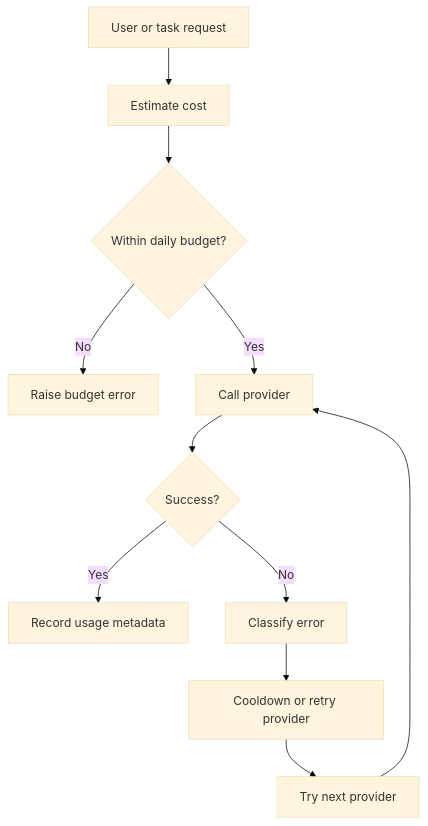
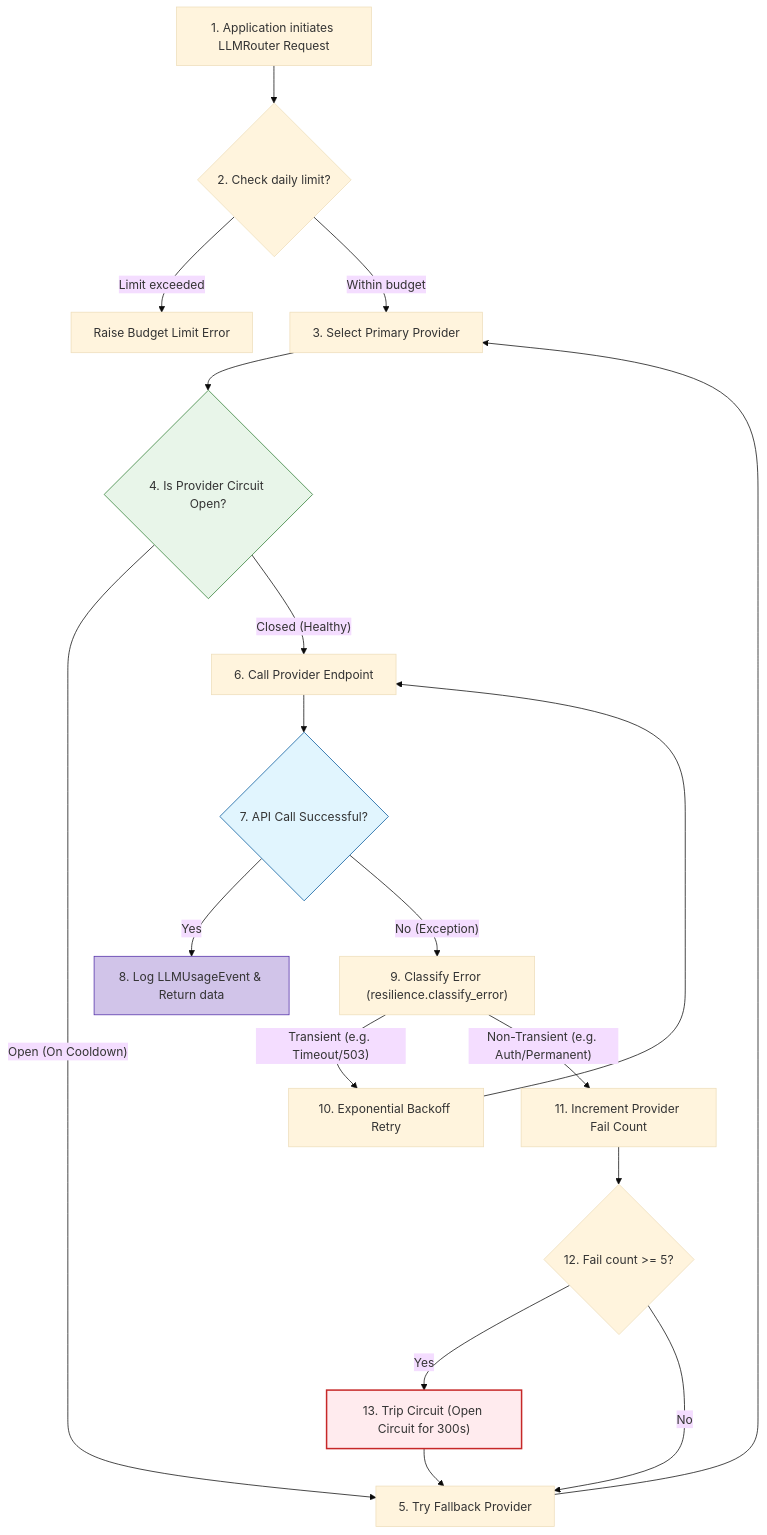
The fourth of 5 diagrams in docs/DATA_FLOW.md (ArPaN-DS/JobScout-AI), drawn with Mermaid (base theme) before and after one commit. The commit also changed other lines of this file, not shown here.

Commit message:
docs: update data flow sequence diagrams and resilience guides

````diff
--- a/docs/DATA_FLOW.md
+++ b/docs/DATA_FLOW.md
@@ -106,13 +196,38 @@
 ```mermaid
-flowchart TB
-    Request["User or task request"] --> Cost["Estimate cost"]
-    Cost --> Budget{"Within daily budget?"}
-    Budget -- "No" --> Block["Raise budget error"]
-    Budget -- "Yes" --> Provider["Call provider"]
-    Provider --> Result{"Success?"}
-    Result -- "Yes" --> Record["Record usage metadata"]
-    Result -- "No" --> Classify["Classify error"]
-    Classify --> Cooldown["Cooldown or retry provider"]
-    Cooldown --> Fallback["Try next provider"]
-    Fallback --> Provider
+flowchart TD
+    Request["1. Application initiates LLMRouter Request"] --> Budget{"2. Check daily limit?"}
+    
+    Budget -- Limit exceeded --> RaiseBudgetError["Raise Budget Limit Error"]
+    
+    Budget -- Within budget --> GetProvider["3. Select Primary Provider"]
+    
+    GetProvider --> CheckCircuit{"4. Is Provider Circuit Open?"}
+    
+    CheckCircuit -- Open (On Cooldown) --> NextProvider["5. Try Fallback Provider"]
+    NextProvider --> GetProvider
+    
+    CheckCircuit -- Closed (Healthy) --> CallAPI["6. Call Provider Endpoint"]
+    
+    CallAPI --> CheckSuccess{"7. API Call Successful?"}
+    
+    CheckSuccess -- Yes --> LogUsage["8. Log LLMUsageEvent & Return data"]
+    
+    CheckSuccess -- No (Exception) --> Classify["9. Classify Error (resilience.classify_error)"]
+    
+    Classify -- Transient (e.g. Timeout/503) --> RetryBackoff["10. Exponential Backoff Retry"]
+    RetryBackoff --> CallAPI
+    
+    Classify -- Non-Transient (e.g. Auth/Permanent) --> IncFail["11. Increment Provider Fail Count"]
+    
+    IncFail --> CheckMaxFail{"12. Fail count >= 5?"}
+    
+    CheckMaxFail -- Yes --> TripCircuit["13. Trip Circuit (Open Circuit for 300s)"]
+    TripCircuit --> NextProvider
+    
+    CheckMaxFail -- No --> NextProvider
+    
+    style CheckCircuit fill:#e8f5e9,stroke:#2e7d32,stroke-width:1px
+    style CheckSuccess fill:#e1f5fe,stroke:#01579b,stroke-width:1px
+    style LogUsage fill:#d1c4e9,stroke:#512da8,stroke-width:1px
+    style TripCircuit fill:#ffebee,stroke:#c62828,stroke-width:2px
 ```
````
